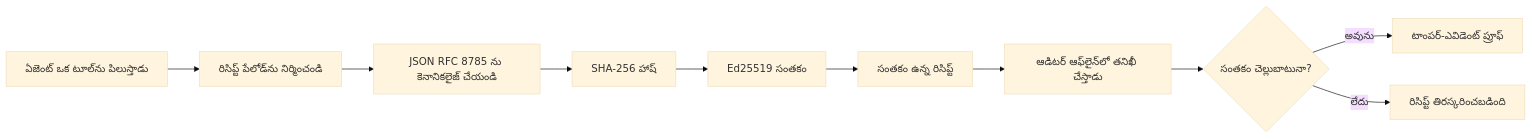
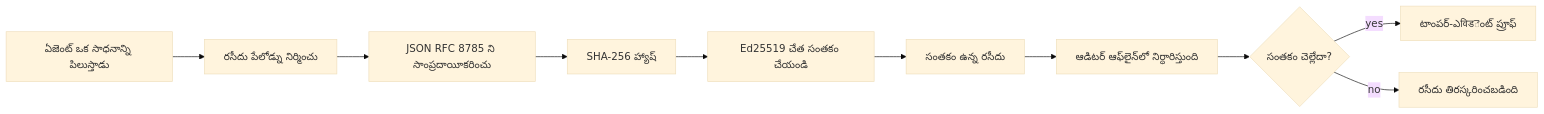
One commit to microsoft/ai-agents-for-beginners changed the first of 2 diagrams in translations/te/18-securing-ai-agents/README.md. Above: the diagram before and after it, drawn with Mermaid (base theme). The commit also changed other lines of this file and 224 other files, not shown here.

````diff
--- a/translations/te/18-securing-ai-agents/README.md
+++ b/translations/te/18-securing-ai-agents/README.md
@@ -51,12 +51,12 @@
 ```mermaid
 flowchart LR
-    A[ఏజెంట్ ఒక టూల్‌ను పిలుస్తాడు] --> B[రిసిప్ట్ పేలోడ్‌ను నిర్మించండి]
-    B --> C[JSON RFC 8785 ను కెనానికలైజ్ చేయండి]
-    C --> D[SHA-256 హాష్]
-    D --> E[Ed25519 సంతకం]
-    E --> F[సంతకం ఉన్న రిసిప్ట్]
-    F --> G[ఆడిటర్ ఆఫ్‌లైన్‌లో తనిఖీ చేస్తాడు]
-    G --> H{సంతకం చెల్లుబాటునా?}
-    H -- అవును --> I[టాంపర్-ఎవిడెంట్ ప్రూఫ్]
-    H -- లేదు --> J[రిసిప్ట్ తిరస్కరించబడింది]
+    A[ఏజెంట్ ఒక సాధనాన్ని పిలుస్తాడు] --> B[రసీదు పేలోడ్ను నిర్మించు]
+    B --> C[JSON RFC 8785 ని సాంప్రదాయీకరించు]
+    C --> D[SHA-256 హ్యాష్]
+    D --> E[Ed25519 చేత సంతకం చేయండి]
+    E --> F[సంతకం ఉన్న రసీదు]
+    F --> G[ఆడిటర్ ఆఫ్‌లైన్‌లో నిర్ధారిస్తుంది]
+    G --> H{సంతకం చెల్లేదా?}
+    H -- yes --> I[టాంపర్-ఎविडెంట్ ప్రూఫ్]
+    H -- no --> J[రసీదు తిరస్కరించబడింది]
 ```
````
